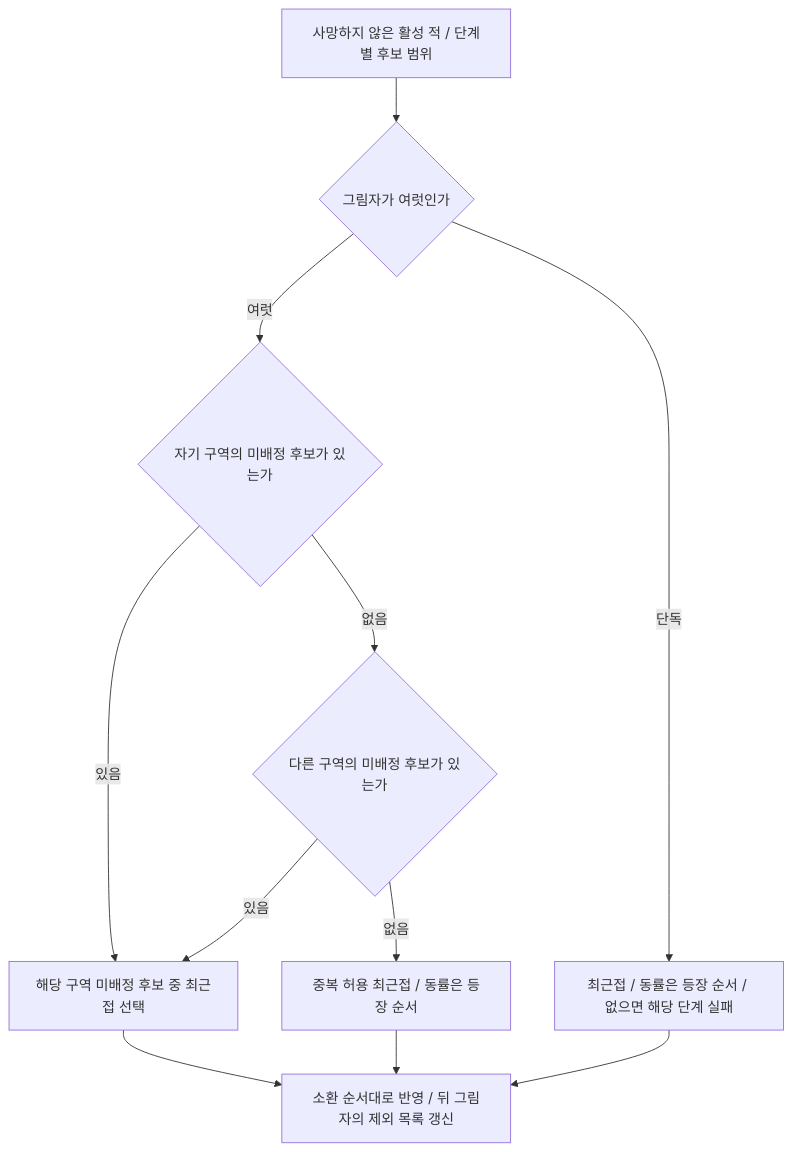
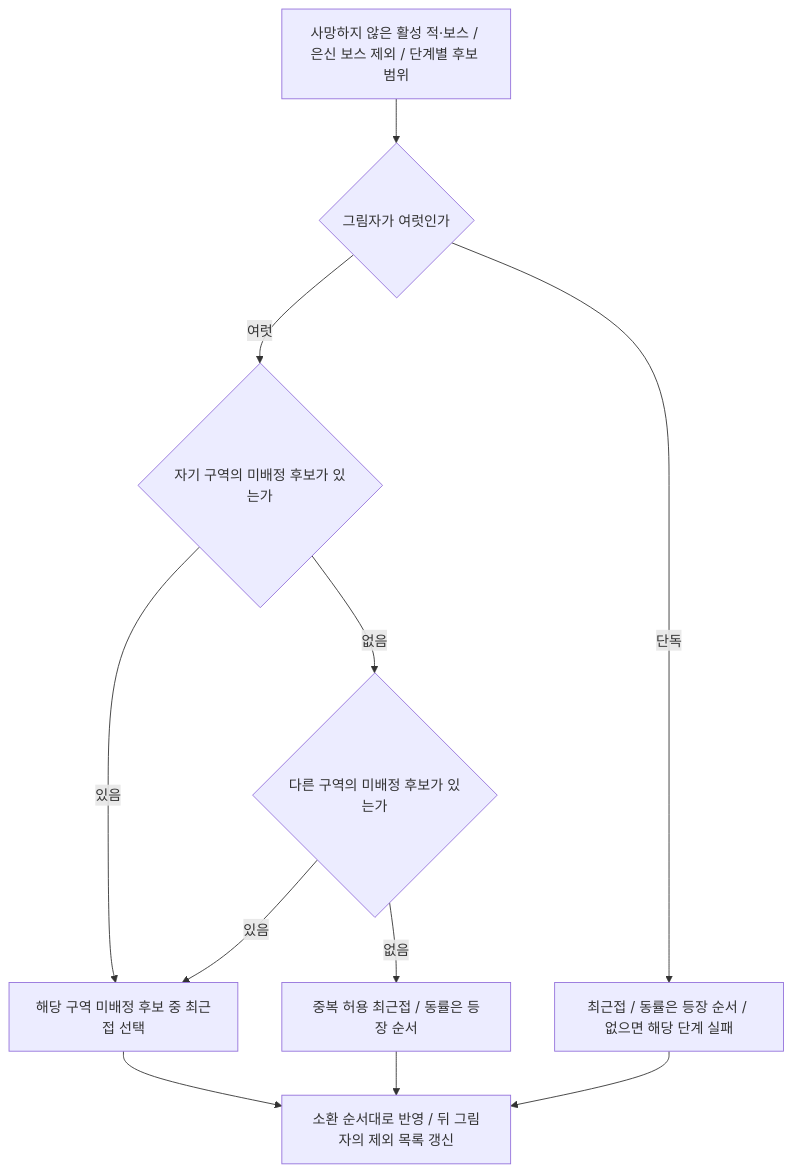
One commit to MoongTaeng-I/aigame changed the second of 4 diagrams in docs/systems/07_shadow_summons.md. Above: the diagram before and after it, drawn with Mermaid. The commit also changed other lines of this file and 5 other files, not shown here.

````diff
--- a/docs/systems/07_shadow_summons.md
+++ b/docs/systems/07_shadow_summons.md
@@ -238,21 +238,21 @@
 ```mermaid
 flowchart TD
-    T0["사망하지 않은 활성 적 / 단계별 후보 범위"]
+    T0["사망하지 않은 활성 적·보스 / 은신 보스 제외 / 단계별 후보 범위"]
     T1{"그림자가 여럿인가"}
     T2{"자기 구역의 미배정 후보가 있는가"}
     T3{"다른 구역의 미배정 후보가 있는가"}
     T4["해당 구역 미배정 후보 중 최근접 선택"]
     T5["중복 허용 최근접 / 동률은 등장 순서"]
     T6["최근접 / 동률은 등장 순서 / 없으면 해당 단계 실패"]
     T7["소환 순서대로 반영 / 뒤 그림자의 제외 목록 갱신"]
     T0 --> T1
     T1 -->|여럿| T2
     T1 -->|단독| T6
     T2 -->|있음| T4
     T2 -->|없음| T3
     T3 -->|있음| T4
     T3 -->|없음| T5
     T4 --> T7
     T5 --> T7
     T6 --> T7
 ```
````
